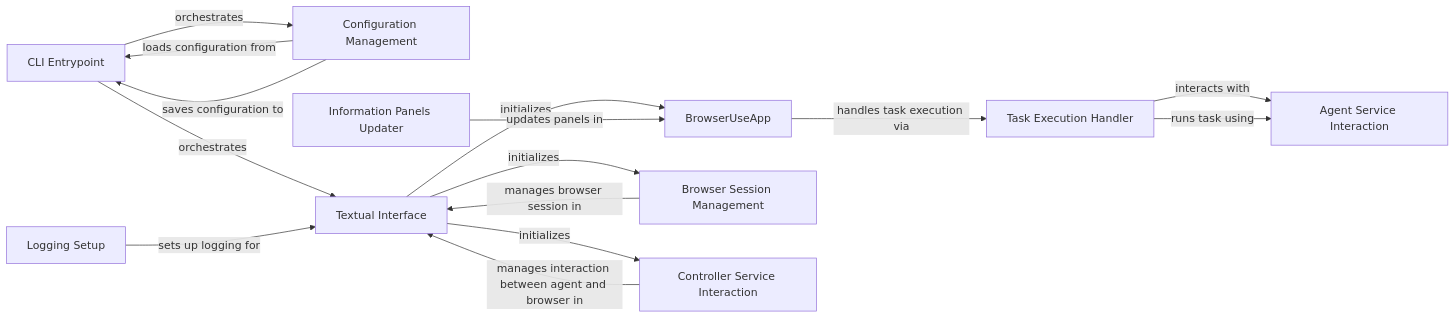
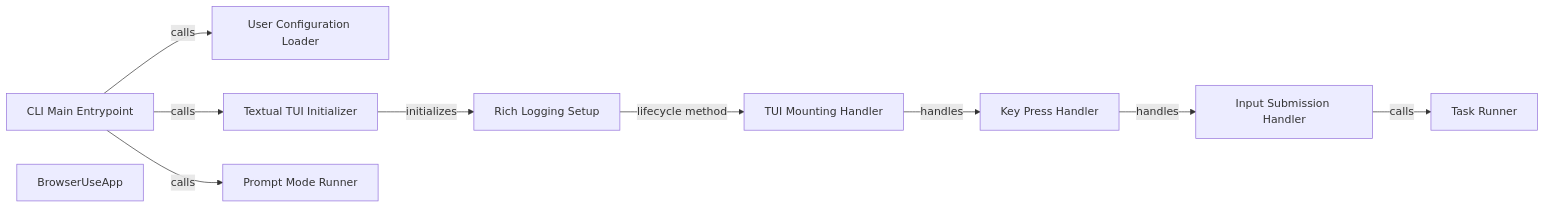
Before and after one commit to CodeBoarding/GeneratedOnBoardings: the diagram in browser-use/User Interface.md, drawn with Mermaid. The commit also changed other lines of this file and 11 other files, not shown here.

````diff
--- a/browser-use/User Interface.md
+++ b/browser-use/User Interface.md
@@ -1,27 +1,21 @@
 ```mermaid
 graph LR
-    CLI_Entrypoint["CLI Entrypoint"]
-    Configuration_Management["Configuration Management"]
-    Textual_Interface["Textual Interface"]
+    CLI_Main_Entrypoint["CLI Main Entrypoint"]
+    User_Configuration_Loader["User Configuration Loader"]
+    Textual_TUI_Initializer["Textual TUI Initializer"]
     BrowserUseApp["BrowserUseApp"]
-    Logging_Setup["Logging Setup"]
-    Task_Execution_Handler["Task Execution Handler"]
-    Information_Panels_Updater["Information Panels Updater"]
-    Agent_Service_Interaction["Agent Service Interaction"]
-    Browser_Session_Management["Browser Session Management"]
-    Controller_Service_Interaction["Controller Service Interaction"]
-    CLI_Entrypoint -- "orchestrates" --> Configuration_Management
-    CLI_Entrypoint -- "orchestrates" --> Textual_Interface
-    Configuration_Management -- "loads configuration from" --> CLI_Entrypoint
-    Configuration_Management -- "saves configuration to" --> CLI_Entrypoint
-    Textual_Interface -- "initializes" --> BrowserUseApp
-    Logging_Setup -- "sets up logging for" --> Textual_Interface
-    BrowserUseApp -- "handles task execution via" --> Task_Execution_Handler
-    Information_Panels_Updater -- "updates panels in" --> BrowserUseApp
-    Task_Execution_Handler -- "interacts with" --> Agent_Service_Interaction
-    Browser_Session_Management -- "manages browser session in" --> Textual_Interface
-    Controller_Service_Interaction -- "manages interaction between agent and browser in" --> Textual_Interface
-    Task_Execution_Handler -- "runs task using" --> Agent_Service_Interaction
-    Textual_Interface -- "initializes" --> Browser_Session_Management
-    Textual_Interface -- "initializes" --> Controller_Service_Interaction
+    Rich_Logging_Setup["Rich Logging Setup"]
+    TUI_Mounting_Handler["TUI Mounting Handler"]
+    Key_Press_Handler["Key Press Handler"]
+    Input_Submission_Handler["Input Submission Handler"]
+    Task_Runner["Task Runner"]
+    Prompt_Mode_Runner["Prompt Mode Runner"]
+    CLI_Main_Entrypoint -- "calls" --> User_Configuration_Loader
+    CLI_Main_Entrypoint -- "calls" --> Textual_TUI_Initializer
+    CLI_Main_Entrypoint -- "calls" --> Prompt_Mode_Runner
+    Textual_TUI_Initializer -- "initializes" --> Rich_Logging_Setup
+    Rich_Logging_Setup -- "lifecycle method" --> TUI_Mounting_Handler
+    TUI_Mounting_Handler -- "handles" --> Key_Press_Handler
+    Key_Press_Handler -- "handles" --> Input_Submission_Handler
+    Input_Submission_Handler -- "calls" --> Task_Runner
 ```
````
